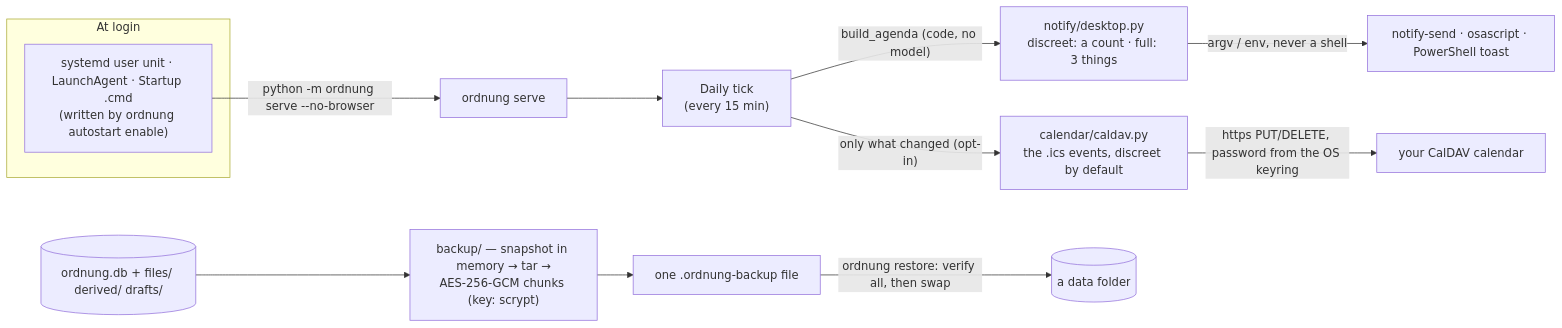
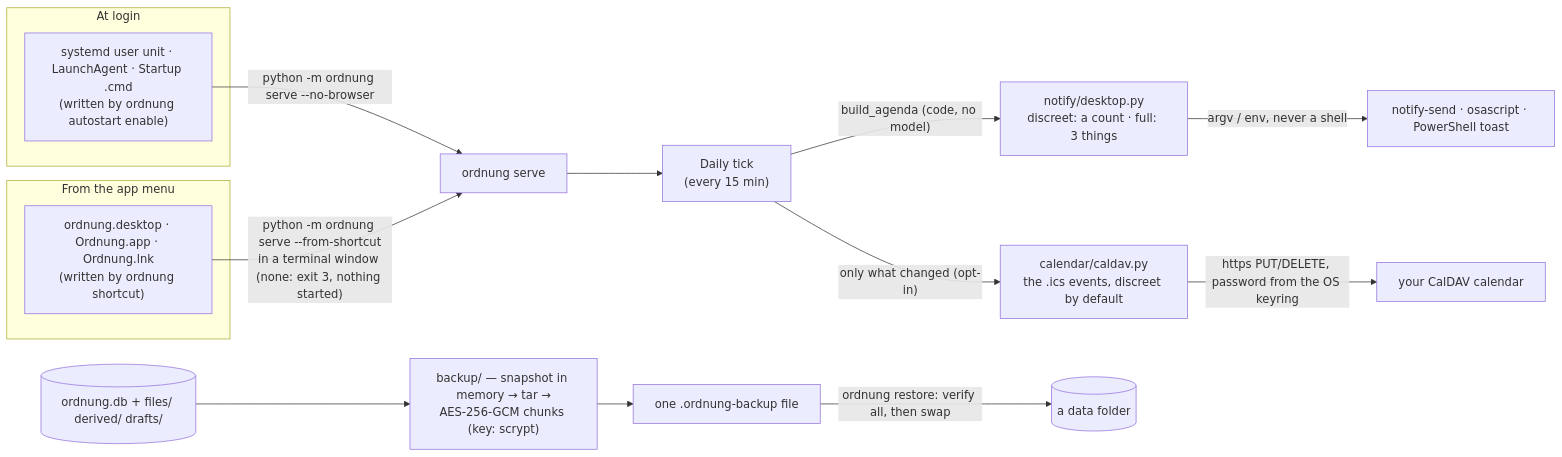
The seventh of 9 diagrams in docs/architecture.md (ahmedEid1/ordnung), drawn with Mermaid before and after one commit. The commit also changed other lines of this file and 6 other files, not shown here.

First line of the commit message:
Docs: open Ordnung from the app menu, and releases from a version tag

````diff
--- a/docs/architecture.md
+++ b/docs/architecture.md
@@ -362,15 +362,19 @@
 ```mermaid
 flowchart LR
   subgraph login["At login"]
     AS["systemd user unit · LaunchAgent · Startup .cmd<br/>(written by ordnung autostart enable)"]
   end
+  subgraph menu["From the app menu"]
+    SC["ordnung.desktop · Ordnung.app · Ordnung.lnk<br/>(written by ordnung shortcut)"]
+  end
   AS -->|"python -m ordnung serve --no-browser"| SRV["ordnung serve"]
+  SC -->|"python -m ordnung serve --from-shortcut<br/>in a terminal window (none: exit 3, nothing started)"| SRV
   SRV --> TICK["Daily tick<br/>(every 15 min)"]
   TICK -->|"build_agenda (code, no model)"| NOTE["notify/desktop.py<br/>discreet: a count · full: 3 things"]
   NOTE -->|"argv / env, never a shell"| OS["notify-send · osascript · PowerShell toast"]
   TICK -->|"only what changed (opt-in)"| CAL["calendar/caldav.py<br/>the .ics events, discreet by default"]
   CAL -->|"https PUT/DELETE, password from the OS keyring"| DAV["your CalDAV calendar"]
   DB[("ordnung.db + files/ derived/ drafts/")] --> BK["backup/ — snapshot in memory → tar →<br/>AES-256-GCM chunks (key: scrypt)"]
   BK --> FILE["one .ordnung-backup file"]
   FILE -->|"ordnung restore: verify all, then swap"| DB2[("a data folder")]
 ```
````
